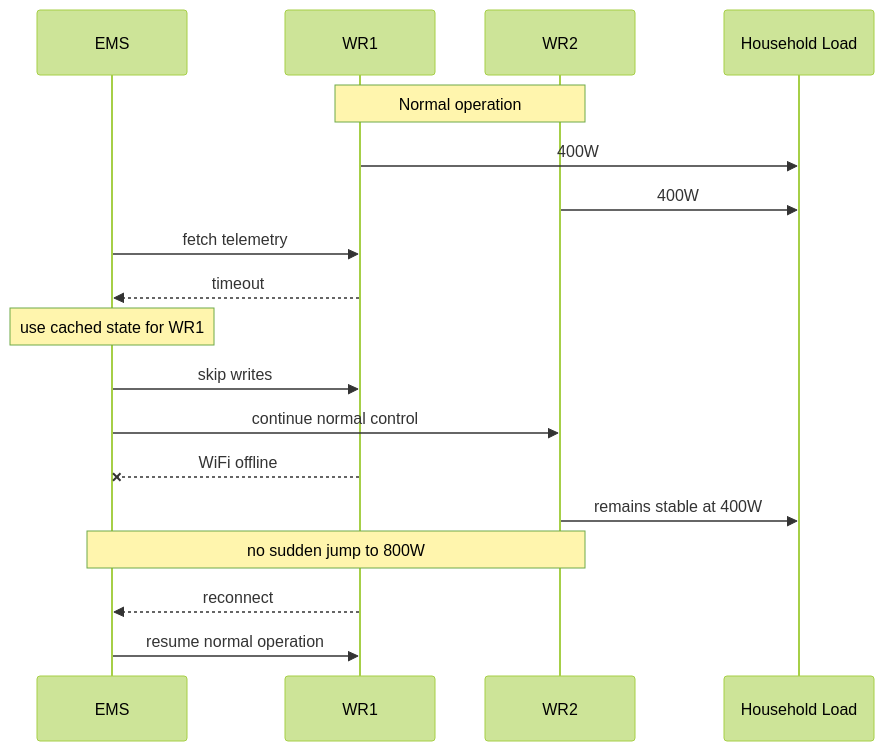
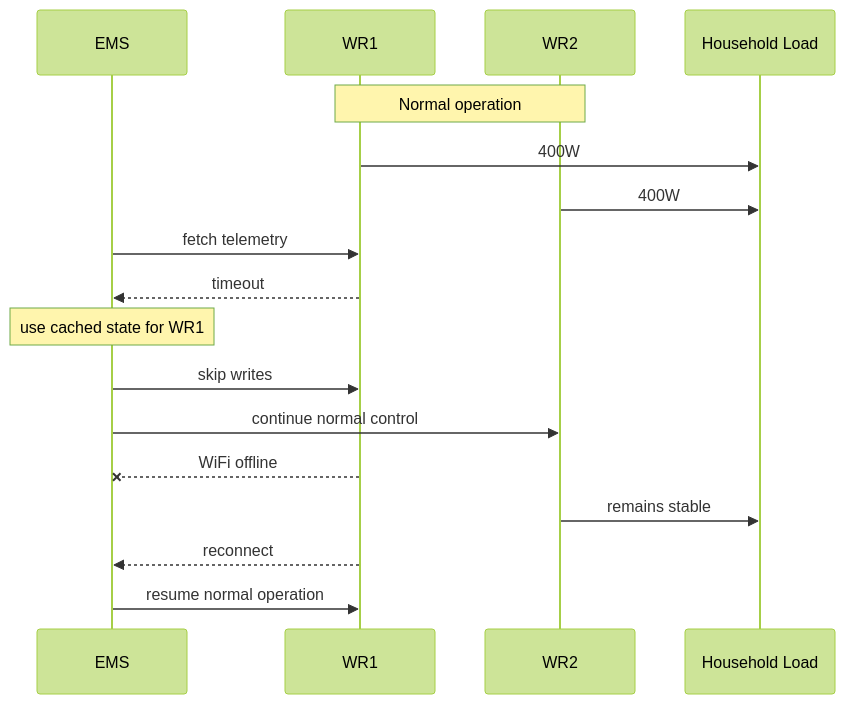
Before and after one commit to basecubedev/ems-solarflow-api-control: the sixth of 6 diagrams in README.md, drawn with Mermaid (forest theme). The commit also changed other lines of this file and 3 other files, not shown here.

````diff
--- a/README.md
+++ b/README.md
@@ -423,29 +1162,27 @@
 ```mermaid
 sequenceDiagram
 
     participant EMS
     participant WR1
     participant WR2
     participant HOME as Household Load
 
     Note over WR1,WR2: Normal operation
 
     WR1->>HOME: 400W
     WR2->>HOME: 400W
 
     EMS->>WR1: fetch telemetry
     WR1-->>EMS: timeout
 
     Note over EMS: use cached state for WR1
 
     EMS->>WR1: skip writes
     EMS->>WR2: continue normal control
 
     WR1--xEMS: WiFi offline
-    WR2->>HOME: remains stable at 400W
-
-    Note over EMS,WR2: no sudden jump to 800W
+    WR2->>HOME: remains stable
 
     WR1-->>EMS: reconnect
     EMS->>WR1: resume normal operation
 ```
````
